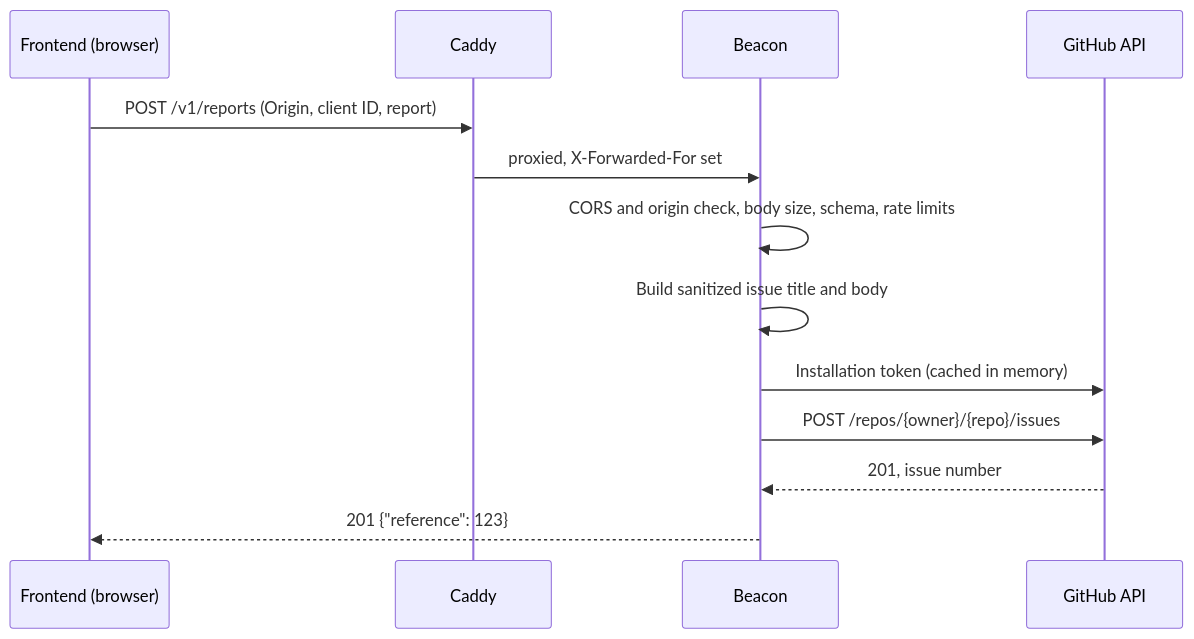
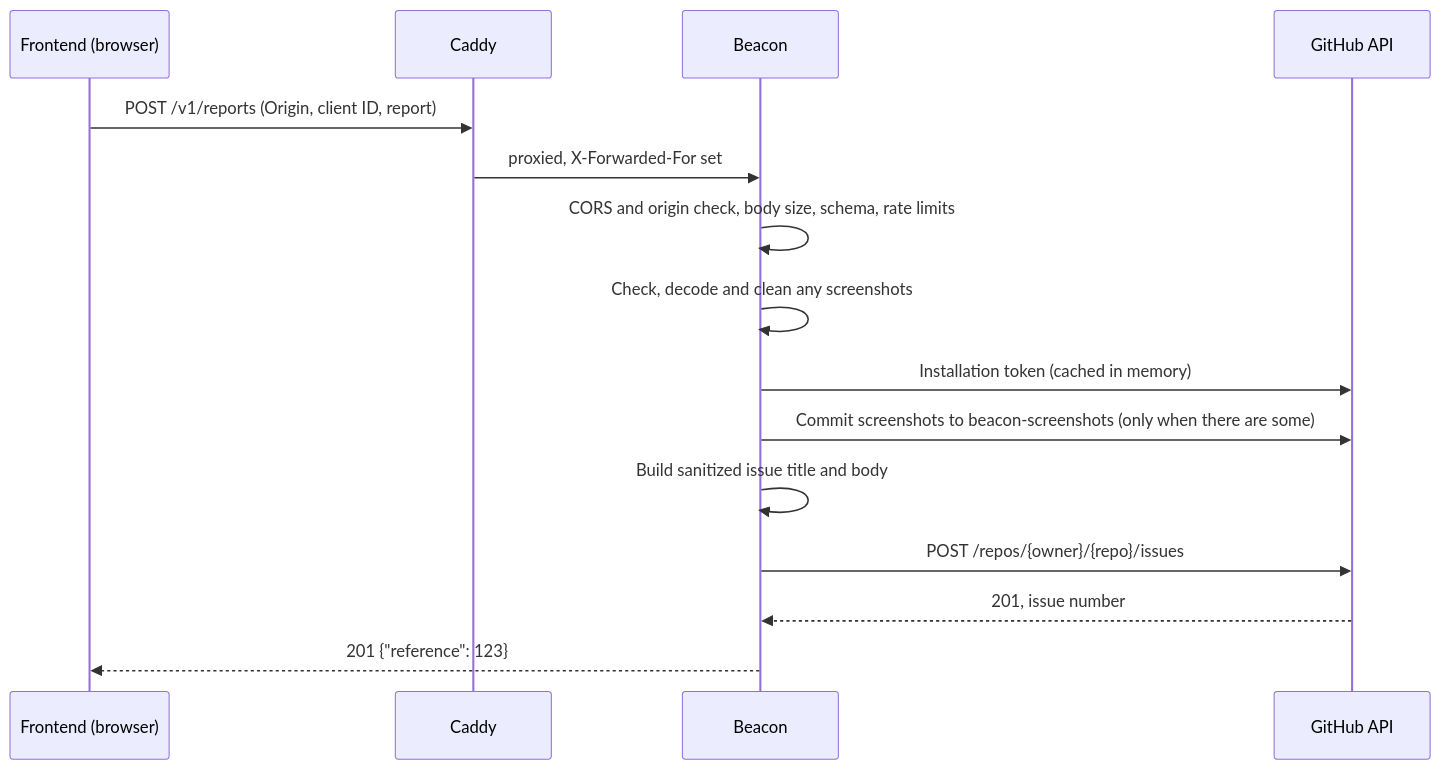
The diagram in docs/design.md (rmstdope/beacon), drawn with Mermaid before and after one commit. The commit also changed other lines of this file and 18 other files, not shown here.

````diff
--- a/docs/design.md
+++ b/docs/design.md
@@ -44,15 +45,17 @@
 ```mermaid
 sequenceDiagram
     participant FE as Frontend (browser)
     participant Caddy
     participant B as Beacon
     participant GH as GitHub API
     FE->>Caddy: POST /v1/reports (Origin, client ID, report)
     Caddy->>B: proxied, X-Forwarded-For set
     B->>B: CORS and origin check, body size, schema, rate limits
+    B->>B: Check, decode and clean any screenshots
+    B->>GH: Installation token (cached in memory)
+    B->>GH: Commit screenshots to beacon-screenshots (only when there are some)
     B->>B: Build sanitized issue title and body
-    B->>GH: Installation token (cached in memory)
     B->>GH: POST /repos/{owner}/{repo}/issues
     GH-->>B: 201, issue number
     B-->>FE: 201 {"reference": 123}
 ```
````
